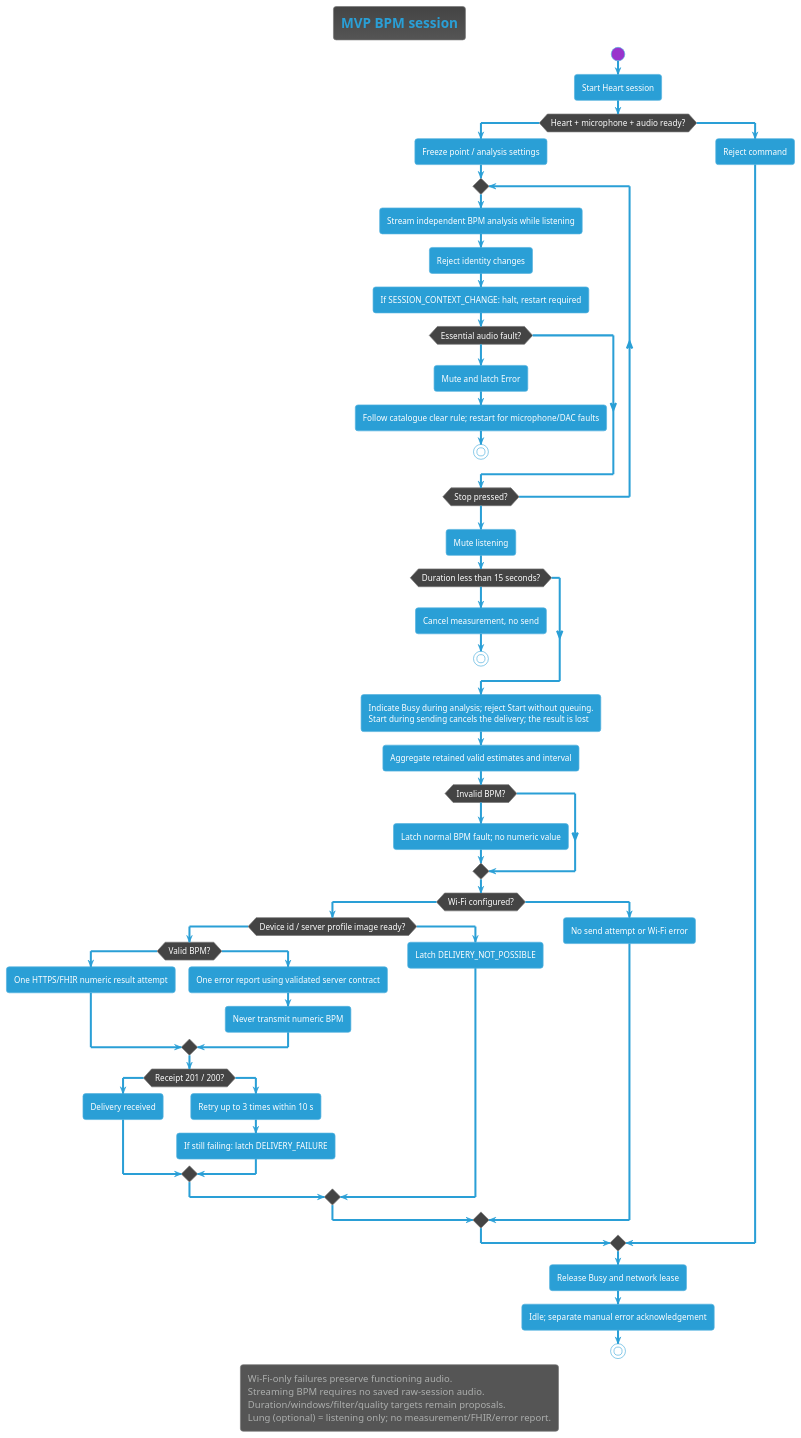
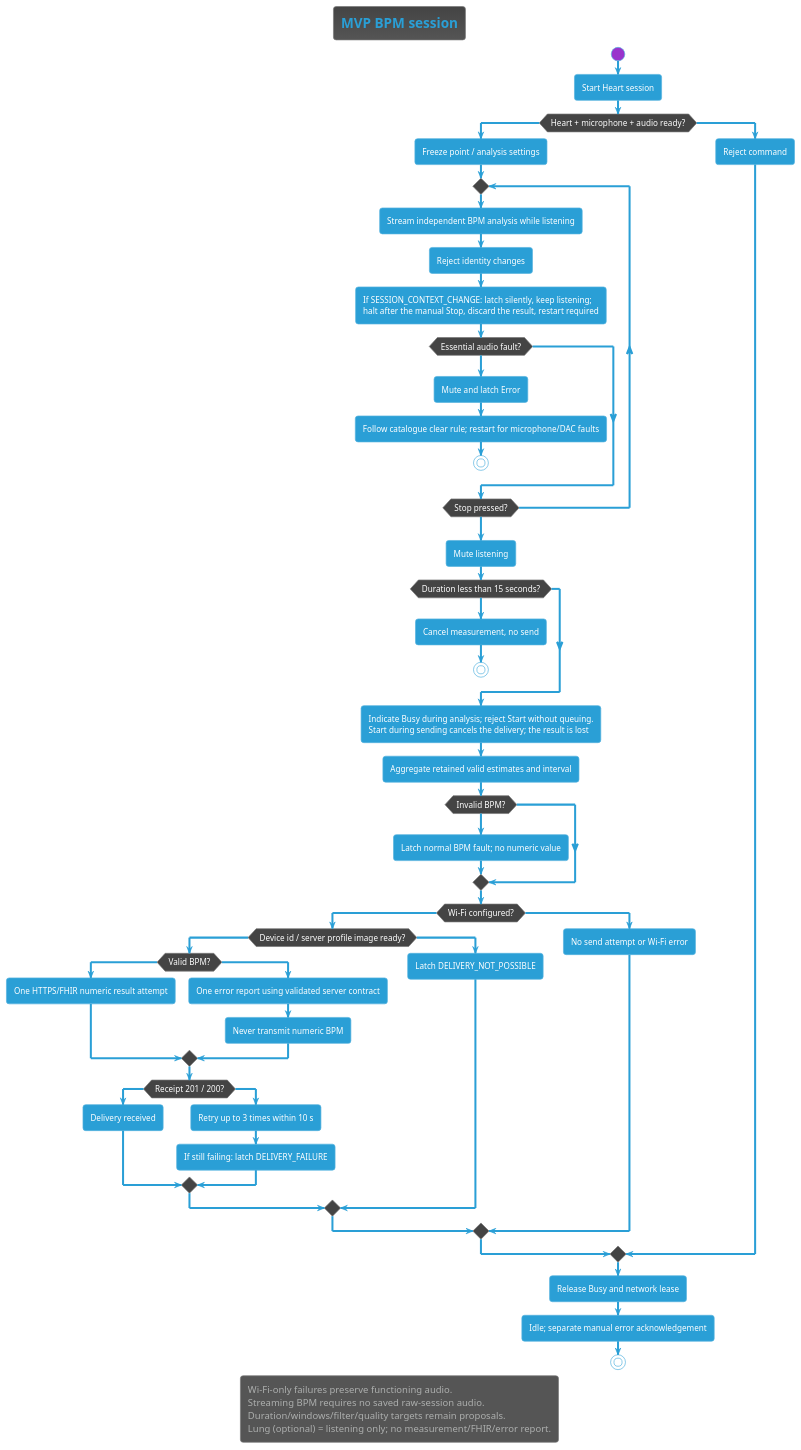
Before and after one commit to DemonicPsychoII/DigitalStethoscope: the diagram in Development/system/architecture/system/measurement-workflow.puml, drawn with PlantUML. The commit also changed 11 other files, not shown here.

First line of the commit message:
documentation: carry the deferred-error and audio-halt rules into the architecture views and use case F4

```diff
--- a/Development/system/architecture/system/measurement-workflow.puml
+++ b/Development/system/architecture/system/measurement-workflow.puml
@@ -1,62 +1,62 @@
 @startuml measurement_workflow
 !theme cyborg
 skinparam shadowing false
 skinparam defaultFontName SansSerif
 title MVP BPM session
 start
 :Start Heart session;
 if (Heart + microphone + audio ready?) then (yes)
  :Freeze point / analysis settings;
  repeat
   :Stream independent BPM analysis while listening;
   :Reject identity changes;
-  :If SESSION_CONTEXT_CHANGE: halt, restart required;
+  :If SESSION_CONTEXT_CHANGE: latch silently, keep listening;\nhalt after the manual Stop, discard the result, restart required;
   if (Essential audio fault?) then (yes)
    :Mute and latch Error;
    :Follow catalogue clear rule; restart for microphone/DAC faults;
    stop
   endif
  repeat while (Stop pressed?) is (no) not (yes)
  :Mute listening;
  if (Duration less than 15 seconds?) then (yes)
   :Cancel measurement, no send;
   stop
  endif
  :Indicate Busy during analysis; reject Start without queuing.\nStart during sending cancels the delivery; the result is lost;
  :Aggregate retained valid estimates and interval;
  if (Invalid BPM?) then (yes)
   :Latch normal BPM fault; no numeric value;
  endif
  if (Wi-Fi configured?) then (yes)
   if (Device id / server profile image ready?) then (yes)
    if (Valid BPM?) then (yes)
     :One HTTPS/FHIR numeric result attempt;
    else (no)
     :One error report using validated server contract;
     :Never transmit numeric BPM;
    endif
    if (Receipt 201 / 200?) then (yes)
     :Delivery received;
    else (no)
     :Retry up to 3 times within 10 s;
     :If still failing: latch DELIVERY_FAILURE;
    endif
   else (no)
    :Latch DELIVERY_NOT_POSSIBLE;
   endif
  else (no)
   :No send attempt or Wi-Fi error;
  endif
 else (no)
  :Reject command;
 endif
 :Release Busy and network lease;
 :Idle; separate manual error acknowledgement;
 stop
 legend bottom
   Wi-Fi-only failures preserve functioning audio.
   Streaming BPM requires no saved raw-session audio.
   Duration/windows/filter/quality targets remain proposals.
   Lung (optional) = listening only; no measurement/FHIR/error report.
 endlegend
 @enduml
```
